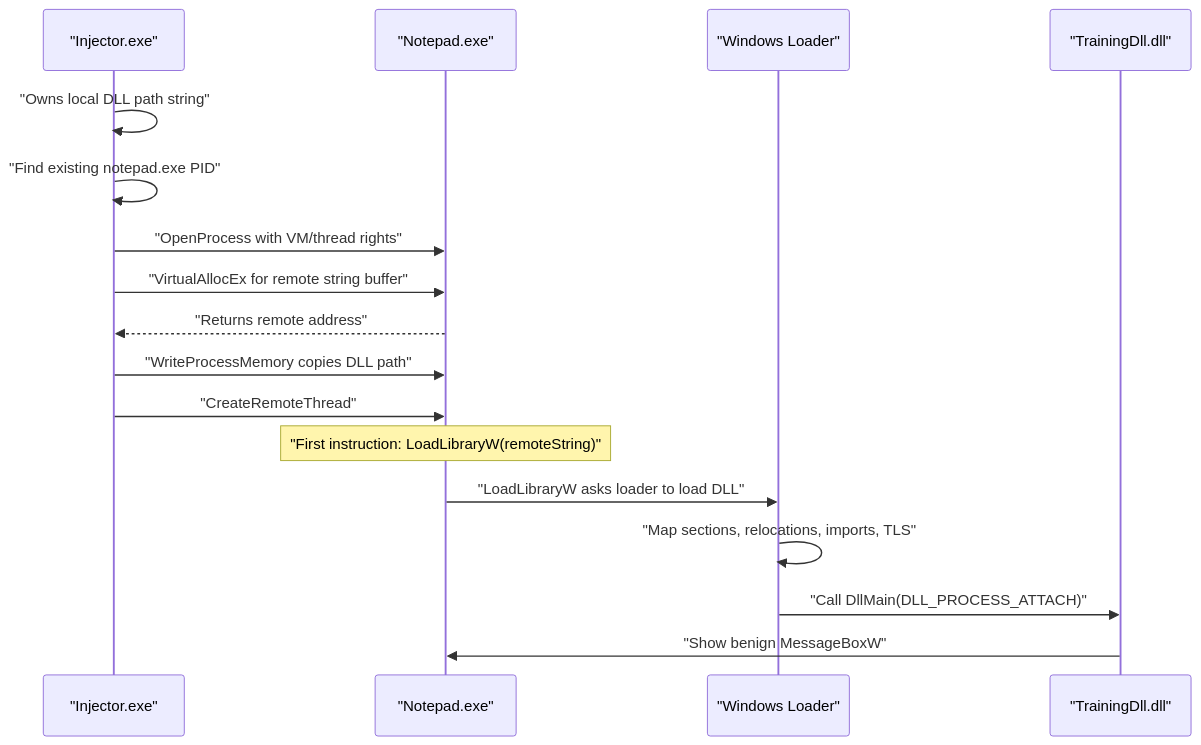
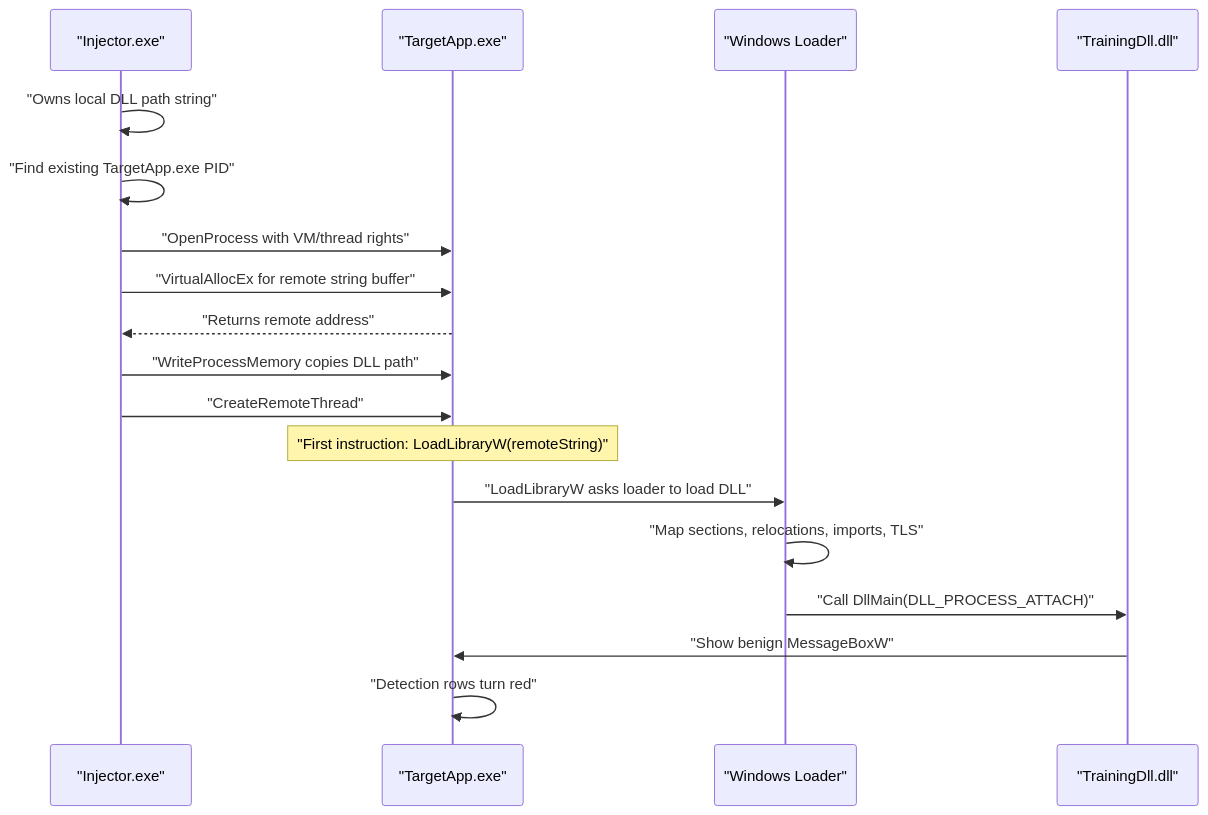
The diagram in lessons/01-classic-dll-injection.md (huanglanzhiguan/InjectorTraining), drawn with Mermaid before and after one commit. The commit also changed other lines of this file and 21 other files, not shown here.

Commit message:
Add visual injection target app

````diff
--- a/lessons/01-classic-dll-injection.md
+++ b/lessons/01-classic-dll-injection.md
@@ -81,20 +81,21 @@
 ```mermaid
 sequenceDiagram
     participant I as "Injector.exe"
-    participant N as "Notepad.exe"
+    participant N as "TargetApp.exe"
     participant L as "Windows Loader"
     participant D as "TrainingDll.dll"
 
     I->>I: "Owns local DLL path string"
-    I->>I: "Find existing notepad.exe PID"
+    I->>I: "Find existing TargetApp.exe PID"
     I->>N: "OpenProcess with VM/thread rights"
     I->>N: "VirtualAllocEx for remote string buffer"
     N-->>I: "Returns remote address"
     I->>N: "WriteProcessMemory copies DLL path"
     I->>N: "CreateRemoteThread"
     Note over N: "First instruction: LoadLibraryW(remoteString)"
     N->>L: "LoadLibraryW asks loader to load DLL"
     L->>L: "Map sections, relocations, imports, TLS"
     L->>D: "Call DllMain(DLL_PROCESS_ATTACH)"
     D->>N: "Show benign MessageBoxW"
+    N->>N: "Detection rows turn red"
 ```
````
